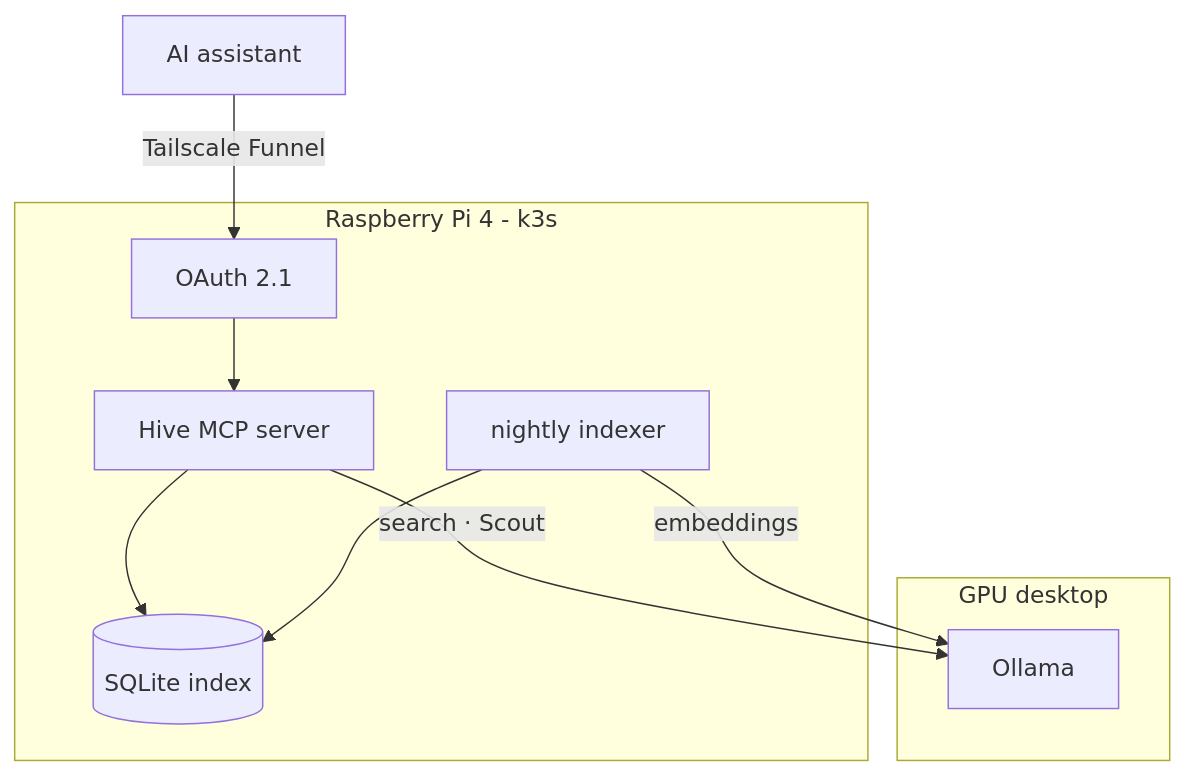
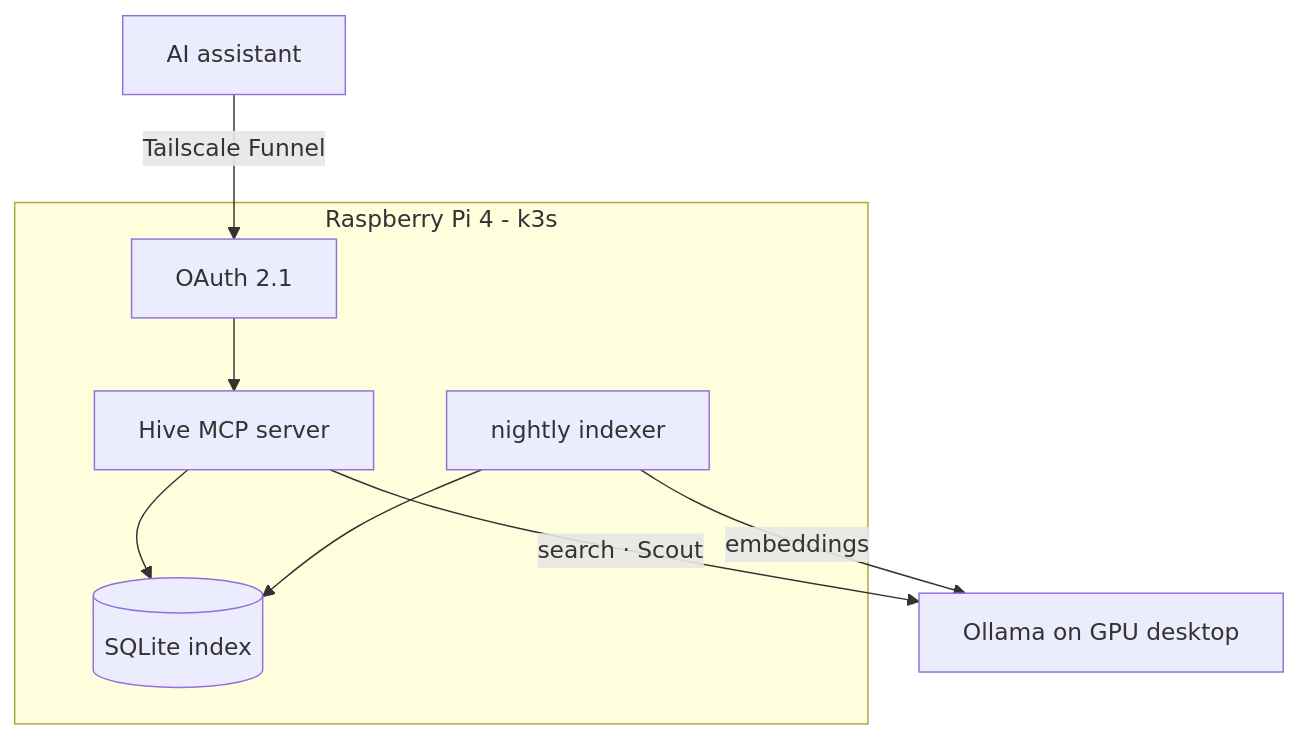
One commit to cdprice02/portfolio changed the diagram in src/content/projects/colony.md. Above: the diagram before and after it, drawn with Mermaid.

Commit message:
fix(content): keep colony diagram edges off the group title
Ollama is a plain node, so no edge crosses a group header.

````diff
--- a/src/content/projects/colony.md
+++ b/src/content/projects/colony.md
@@ -56,15 +56,13 @@
 ```mermaid alt="An AI assistant reaches the Hive MCP server on a Raspberry Pi through a Tailscale Funnel and OAuth. On the Pi, the server and a nightly indexer share a SQLite index. Both call Ollama on a GPU desktop, for search and Scout and for embeddings."
 graph TD
   client[AI assistant]
   subgraph pi[Raspberry Pi 4 - k3s]
     oauth[OAuth 2.1] --> hive[Hive MCP server]
     hive --> index[(SQLite index)]
     indexer[nightly indexer] --> index
   end
-  subgraph gpu[GPU desktop]
-    ollama[Ollama]
-  end
+  ollama[Ollama on GPU desktop]
   client -->|Tailscale Funnel| oauth
   hive -->|search · Scout| ollama
   indexer -->|embeddings| ollama
 ```
````
